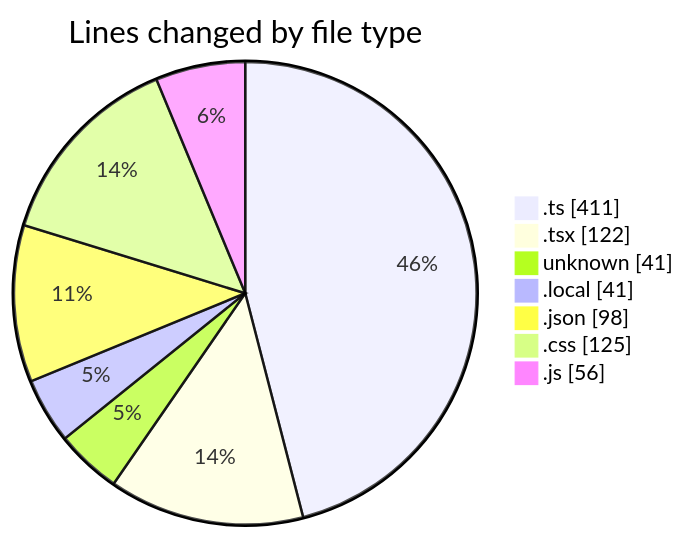
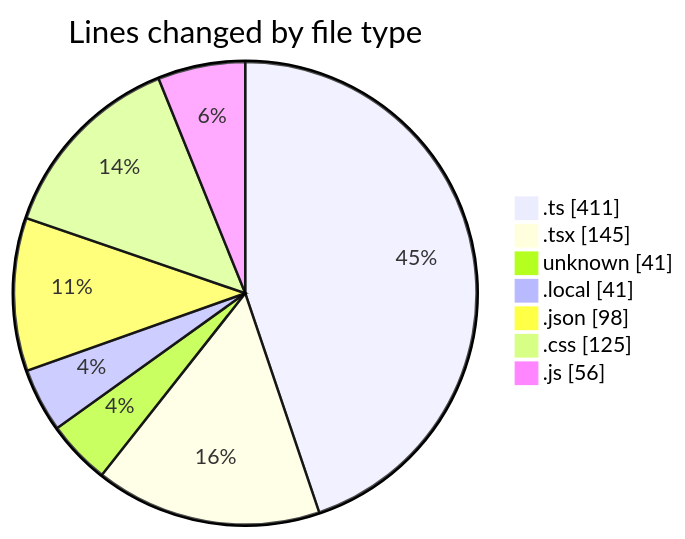
Before and after one commit to momahboobian/code-tracking: the first of 2 diagrams in 2026-02-26/car_database/README.md, drawn with Mermaid. The commit also changed other lines of this file and 1 other file, not shown here.

````diff
--- a/2026-02-26/car_database/README.md
+++ b/2026-02-26/car_database/README.md
@@ -42,11 +43,11 @@
 ```mermaid
 pie showData
 title Lines changed by file type
 ".ts" : 411
-".tsx" : 122
+".tsx" : 145
 "unknown" : 41
 ".local" : 41
 ".json" : 98
 ".css" : 125
 ".js" : 56
 ```
````
